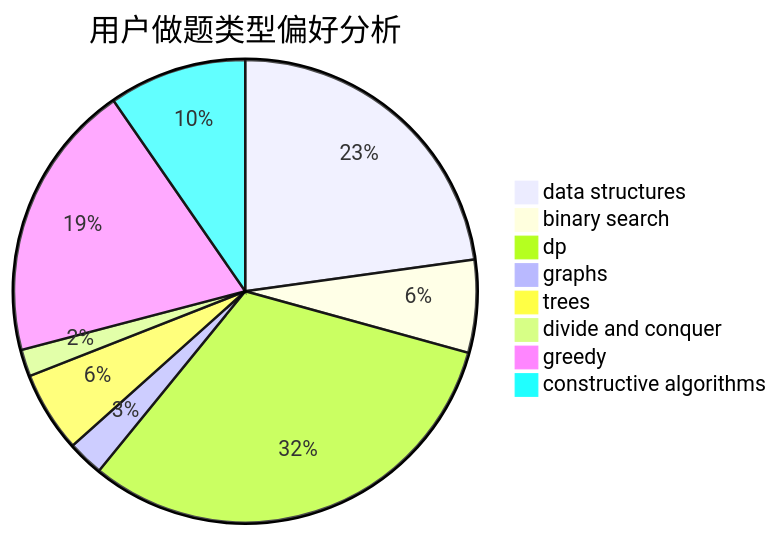
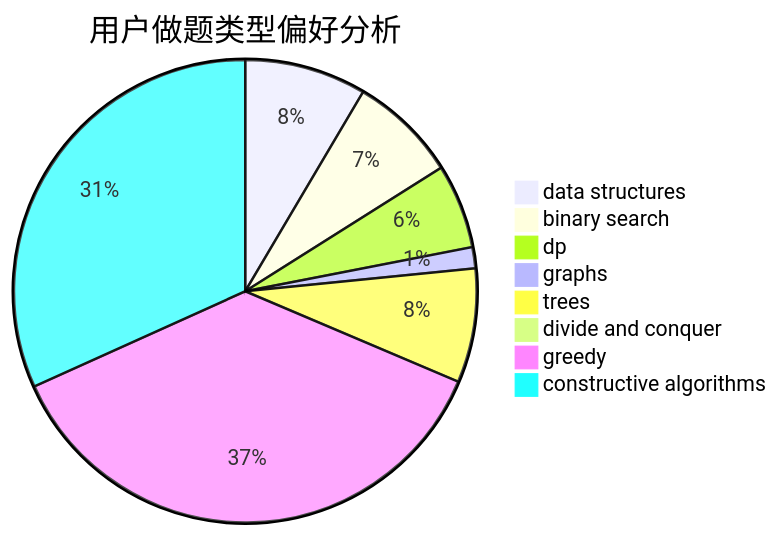
One commit to sherpahu/cfrs.github.io changed the second of 3 diagrams in docs/user/u789.md. Above: the diagram before and after it, drawn with Mermaid. The commit also changed other lines of this file and 2770 other files, not shown here.

````diff
--- a/docs/user/u789.md
+++ b/docs/user/u789.md
@@ -23,11 +23,11 @@
 ```mermaid
 pie title 用户做题类型偏好分析
-    "data structures" :  109
-    "binary search" :  31
-    "dp" :  151
-    "graphs" :  12
-    "trees" :  27
+    "data structures" :  98
+    "binary search" :  87
+    "dp" :  68
+    "graphs" :  17
+    "trees" :  92
     "divide and conquer" :  9
-    "greedy" :  93
-    "constructive algorithms" :  46
+    "greedy" :  425
+    "constructive algorithms" :  366
 ```
````
